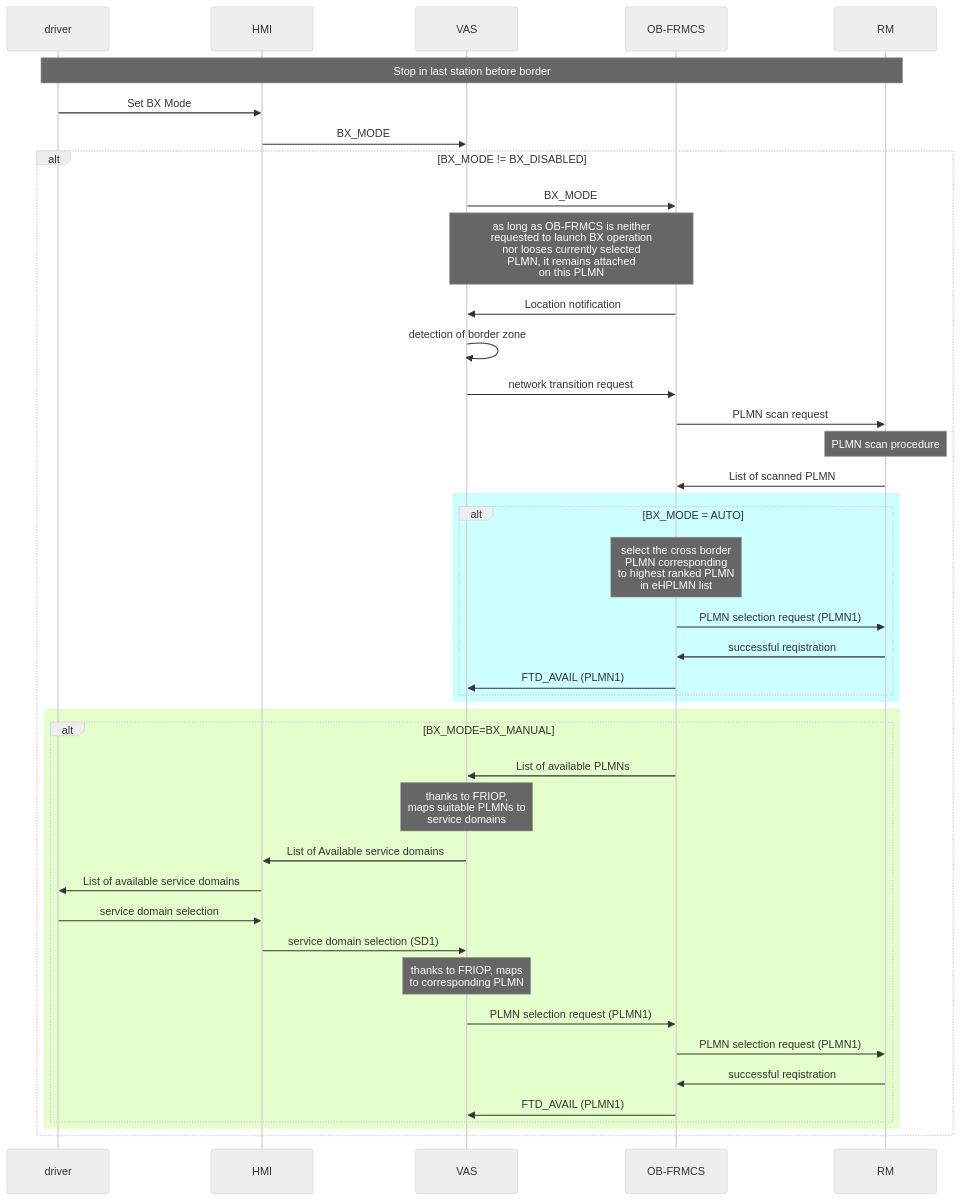
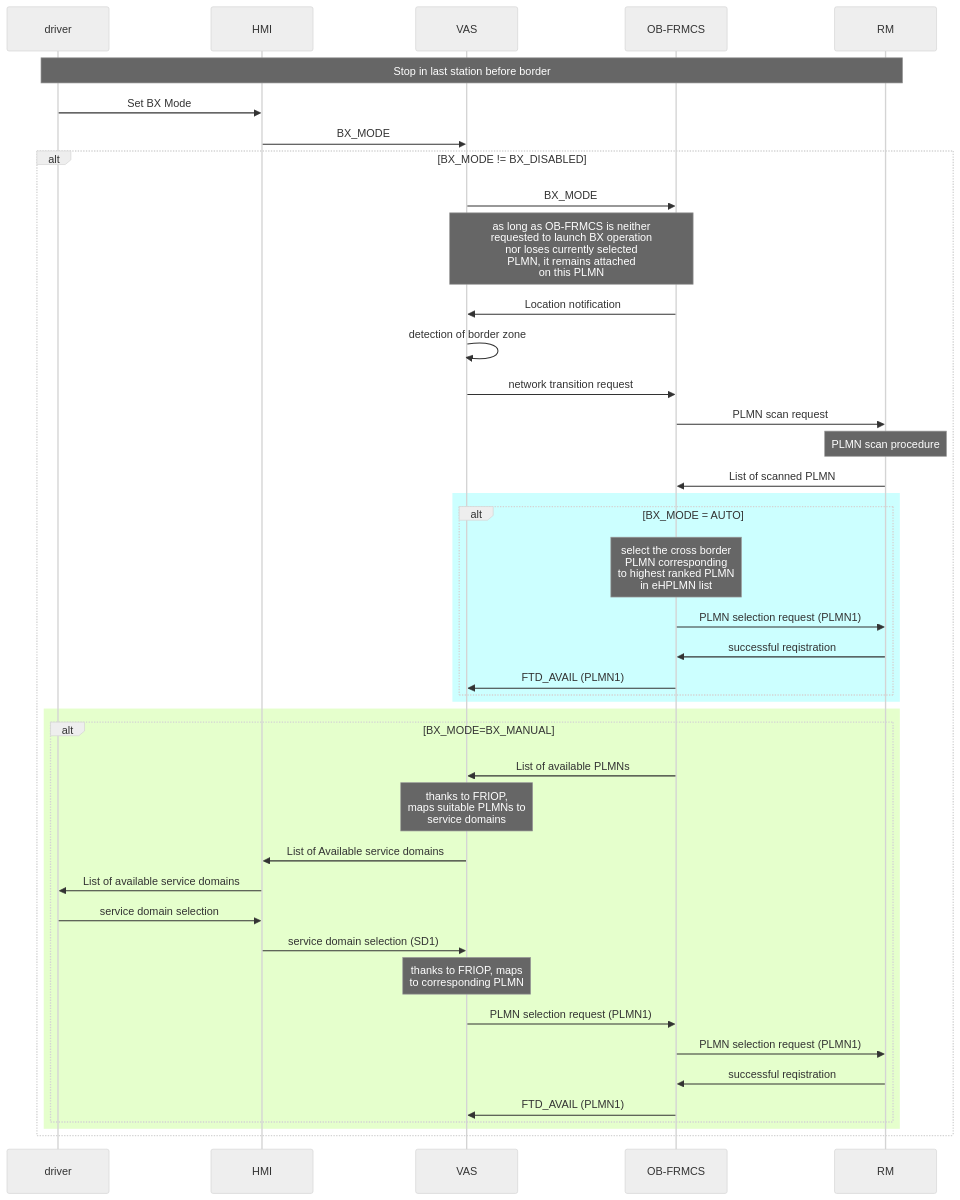
One commit to AndreaL-P/FRMCSSandbox changed the diagram in ITT/BX_PLMNSelection.mmd. Above: the diagram before and after it, drawn with Mermaid (neutral theme).

```diff
--- a/ITT/BX_PLMNSelection.mmd
+++ b/ITT/BX_PLMNSelection.mmd
@@ -1,59 +1,59 @@
 sequenceDiagram
     participant ADC as driver 
    %% participant PCF1 as PCF (PLMN1)
     participant HMI as HMI
     participant VAS as VAS
     participant OB-FRMCS as OB-FRMCS
     participant RM as RM
     %%participant SCCAS as SCC-AS
     %%participant MCClient as MC Data Client
    %% participant MCServer as MC Data Server
 
     Note over ADC, RM:  Stop in last station before border
     
    %% UE->>PCF1: Notifications sur flux prioritaires MC Data (TS 23.282)
    %% PCF1->>PCSCF1: Règles QoS pour trafic MC Data (TS 23.203)
     
     %%Note over UE: PLMN change preparation trigger
     %% UE->>UE: Décision de handover (TS 36.331/38.331)
     
     %%Note over UE,MCServer: Phase 1: MC Data session transfer preparation - Single Radio (TS 23.237 Sec.6.2.2)
     
     %%UE->>PCSCF1: SIP OPTIONS (vérification de connexion)
     %%PCSCF1->>UE: 200 OK (connexion disponible)
     ADC->>HMI: Set BX Mode
     HMI->>VAS: BX_MODE
    alt BX_MODE != BX_DISABLED
     VAS->>OB-FRMCS: BX_MODE
-    Note over VAS, OB-FRMCS: as long as OB-FRMCS is neither <br>requested  to launch BX operation <br> nor looses currently selected<br>PLMN, it remains attached <br>on this PLMN
+    Note over VAS, OB-FRMCS: as long as OB-FRMCS is neither <br>requested  to launch BX operation <br> nor loses currently selected<br>PLMN, it remains attached <br>on this PLMN
     OB-FRMCS->>VAS: Location notification
     VAS->> VAS: detection of border zone
 
     VAS->>OB-FRMCS: network transition request
     OB-FRMCS->>RM: PLMN scan request
     Note over RM: PLMN scan procedure 
     RM->>OB-FRMCS: List of scanned PLMN 
     rect rgb(204, 255, 255)
      alt BX_MODE = AUTO
     note over OB-FRMCS: select the cross border <br> PLMN corresponding <br> to highest ranked PLMN <br> in eHPLMN list
     OB-FRMCS->>RM: PLMN selection request (PLMN1)
     RM->>OB-FRMCS: successful reqistration 
     OB-FRMCS ->> VAS: FTD_AVAIL (PLMN1)
     end
     end
  rect rgb(229, 255, 204)
      alt BX_MODE=BX_MANUAL
     OB-FRMCS ->> VAS: List of available PLMNs
     note over VAS: thanks to FRIOP, <br>maps suitable PLMNs to<br> service domains
     VAS ->> HMI : List of Available service domains
     HMI->>ADC: List of available service domains
     ADC ->> HMI: service domain selection
     HMI ->> VAS: service domain selection (SD1)
     note over VAS: thanks to FRIOP, maps<br> to corresponding PLMN
     VAS->> OB-FRMCS: PLMN selection request (PLMN1)
     OB-FRMCS->>RM: PLMN selection request (PLMN1)
     RM->>OB-FRMCS: successful reqistration 
     OB-FRMCS ->> VAS: FTD_AVAIL (PLMN1)
     end
     end
     end
```
